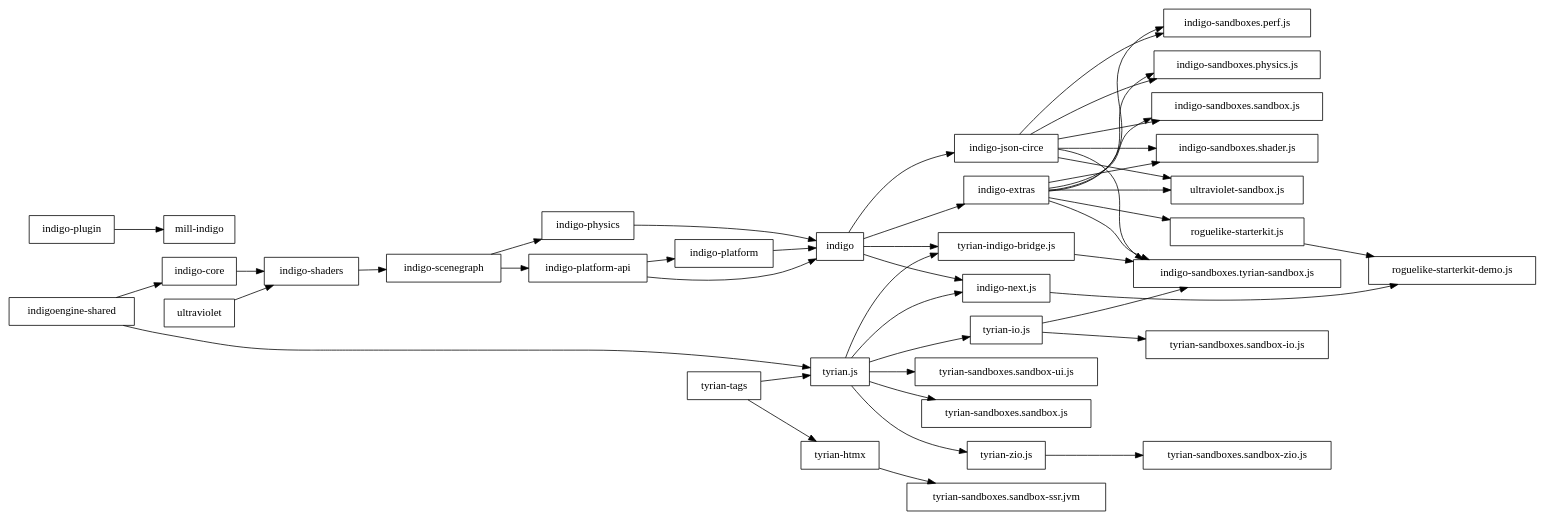
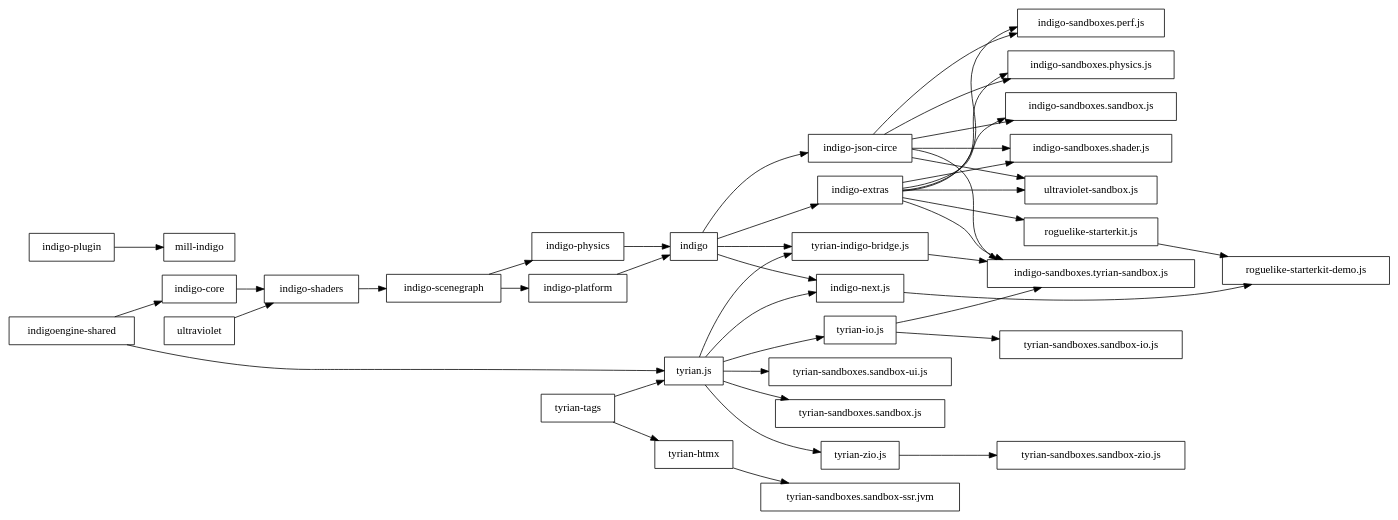
The diagram in diagrams/indigoengine.dot (PurpleKingdomGames/indigoengine), drawn with Graphviz before and after one commit.

Commit message:
Diagram update

```diff
--- a/diagrams/indigoengine.dot
+++ b/diagrams/indigoengine.dot
@@ -1,80 +1,77 @@
 digraph "module-deps" {
   graph ["rankdir"="LR"]
   "indigo" ["style"="solid","shape"="box"]
   "indigo-core" ["style"="solid","shape"="box"]
   "indigo-extras" ["style"="solid","shape"="box"]
   "indigo-json-circe" ["style"="solid","shape"="box"]
   "indigo-next.js" ["style"="solid","shape"="box"]
   "indigo-physics" ["style"="solid","shape"="box"]
   "indigo-platform" ["style"="solid","shape"="box"]
-  "indigo-platform-api" ["style"="solid","shape"="box"]
   "indigo-plugin" ["style"="solid","shape"="box"]
   "indigo-sandboxes.perf.js" ["style"="solid","shape"="box"]
   "indigo-sandboxes.physics.js" ["style"="solid","shape"="box"]
   "indigo-sandboxes.sandbox.js" ["style"="solid","shape"="box"]
   "indigo-sandboxes.shader.js" ["style"="solid","shape"="box"]
   "indigo-sandboxes.tyrian-sandbox.js" ["style"="solid","shape"="box"]
   "indigo-scenegraph" ["style"="solid","shape"="box"]
   "indigo-shaders" ["style"="solid","shape"="box"]
   "indigoengine-shared" ["style"="solid","shape"="box"]
   "mill-indigo" ["style"="solid","shape"="box"]
   "roguelike-starterkit-demo.js" ["style"="solid","shape"="box"]
   "roguelike-starterkit.js" ["style"="solid","shape"="box"]
   "tyrian-htmx" ["style"="solid","shape"="box"]
   "tyrian-indigo-bridge.js" ["style"="solid","shape"="box"]
   "tyrian-io.js" ["style"="solid","shape"="box"]
   "tyrian-sandboxes.sandbox-io.js" ["style"="solid","shape"="box"]
   "tyrian-sandboxes.sandbox-ssr.jvm" ["style"="solid","shape"="box"]
   "tyrian-sandboxes.sandbox-ui.js" ["style"="solid","shape"="box"]
   "tyrian-sandboxes.sandbox-zio.js" ["style"="solid","shape"="box"]
   "tyrian-sandboxes.sandbox.js" ["style"="solid","shape"="box"]
   "tyrian-tags" ["style"="solid","shape"="box"]
   "tyrian-zio.js" ["style"="solid","shape"="box"]
   "tyrian.js" ["style"="solid","shape"="box"]
   "ultraviolet" ["style"="solid","shape"="box"]
   "ultraviolet-sandbox.js" ["style"="solid","shape"="box"]
   "indigo" -> "indigo-extras"
   "indigo" -> "indigo-json-circe"
   "indigo" -> "indigo-next.js"
   "indigo" -> "tyrian-indigo-bridge.js"
   "indigo-core" -> "indigo-shaders"
   "indigo-extras" -> "indigo-sandboxes.perf.js"
   "indigo-extras" -> "indigo-sandboxes.physics.js"
   "indigo-extras" -> "indigo-sandboxes.sandbox.js"
   "indigo-extras" -> "indigo-sandboxes.shader.js"
   "indigo-extras" -> "indigo-sandboxes.tyrian-sandbox.js"
   "indigo-extras" -> "roguelike-starterkit.js"
   "indigo-extras" -> "ultraviolet-sandbox.js"
   "indigo-json-circe" -> "indigo-sandboxes.perf.js"
   "indigo-json-circe" -> "indigo-sandboxes.physics.js"
   "indigo-json-circe" -> "indigo-sandboxes.sandbox.js"
   "indigo-json-circe" -> "indigo-sandboxes.shader.js"
   "indigo-json-circe" -> "indigo-sandboxes.tyrian-sandbox.js"
   "indigo-json-circe" -> "ultraviolet-sandbox.js"
   "indigo-next.js" -> "roguelike-starterkit-demo.js"
   "indigo-physics" -> "indigo"
   "indigo-platform" -> "indigo"
-  "indigo-platform-api" -> "indigo"
-  "indigo-platform-api" -> "indigo-platform"
   "indigo-plugin" -> "mill-indigo"
   "indigo-scenegraph" -> "indigo-physics"
-  "indigo-scenegraph" -> "indigo-platform-api"
+  "indigo-scenegraph" -> "indigo-platform"
   "indigo-shaders" -> "indigo-scenegraph"
   "indigoengine-shared" -> "indigo-core"
   "indigoengine-shared" -> "tyrian.js"
   "roguelike-starterkit.js" -> "roguelike-starterkit-demo.js"
   "tyrian-htmx" -> "tyrian-sandboxes.sandbox-ssr.jvm"
   "tyrian-indigo-bridge.js" -> "indigo-sandboxes.tyrian-sandbox.js"
   "tyrian-io.js" -> "indigo-sandboxes.tyrian-sandbox.js"
   "tyrian-io.js" -> "tyrian-sandboxes.sandbox-io.js"
   "tyrian-tags" -> "tyrian-htmx"
   "tyrian-tags" -> "tyrian.js"
   "tyrian-zio.js" -> "tyrian-sandboxes.sandbox-zio.js"
   "tyrian.js" -> "indigo-next.js"
   "tyrian.js" -> "tyrian-indigo-bridge.js"
   "tyrian.js" -> "tyrian-io.js"
   "tyrian.js" -> "tyrian-sandboxes.sandbox-ui.js"
   "tyrian.js" -> "tyrian-sandboxes.sandbox.js"
   "tyrian.js" -> "tyrian-zio.js"
   "ultraviolet" -> "indigo-shaders"
 }
```
